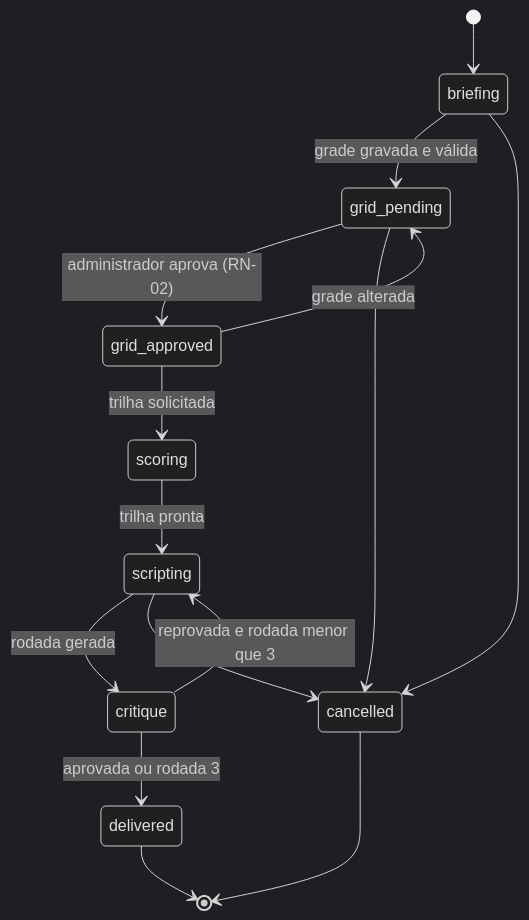
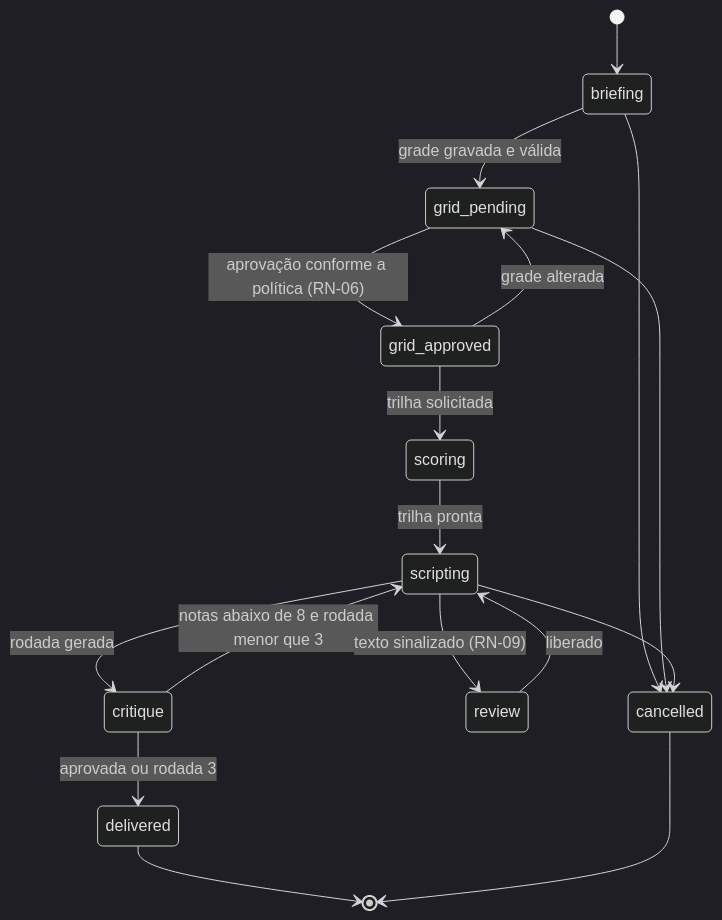
One commit to diegofmonteiro/skill-diretor-de-movimento changed the fourth of 5 diagrams in modulo-laravel/05-fluxos-e-estados.md. Above: the diagram before and after it, drawn with Mermaid (dark theme). The commit also changed other lines of this file and 260 other files, not shown here.

````diff
--- a/modulo-laravel/05-fluxos-e-estados.md
+++ b/modulo-laravel/05-fluxos-e-estados.md
@@ -40,17 +57,19 @@
 ```mermaid
 stateDiagram-v2
     [*] --> briefing
     briefing --> grid_pending: grade gravada e válida
-    grid_pending --> grid_approved: administrador aprova (RN-02)
+    grid_pending --> grid_approved: aprovação conforme a política (RN-06)
     grid_approved --> grid_pending: grade alterada
     grid_approved --> scoring: trilha solicitada
     scoring --> scripting: trilha pronta
     scripting --> critique: rodada gerada
-    critique --> scripting: reprovada e rodada menor que 3
+    critique --> scripting: notas abaixo de 8 e rodada menor que 3
     critique --> delivered: aprovada ou rodada 3
+    scripting --> review: texto sinalizado (RN-09)
+    review --> scripting: liberado
     briefing --> cancelled
     grid_pending --> cancelled
     scripting --> cancelled
     delivered --> [*]
     cancelled --> [*]
 ```
````
